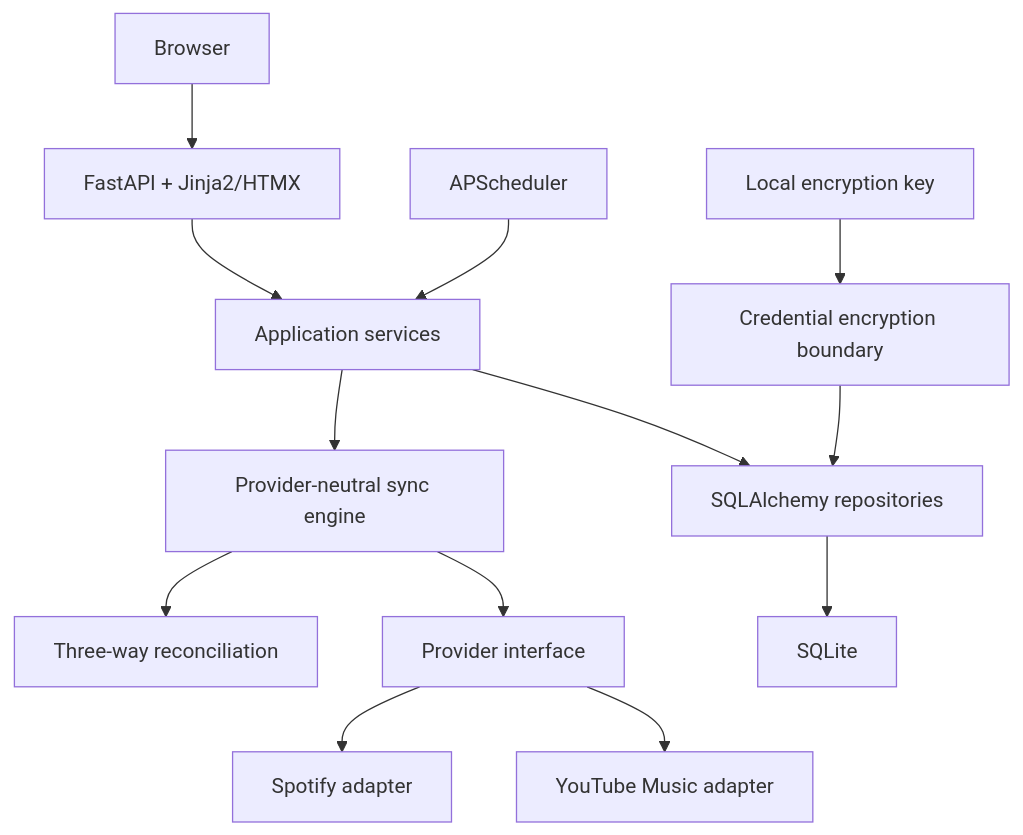
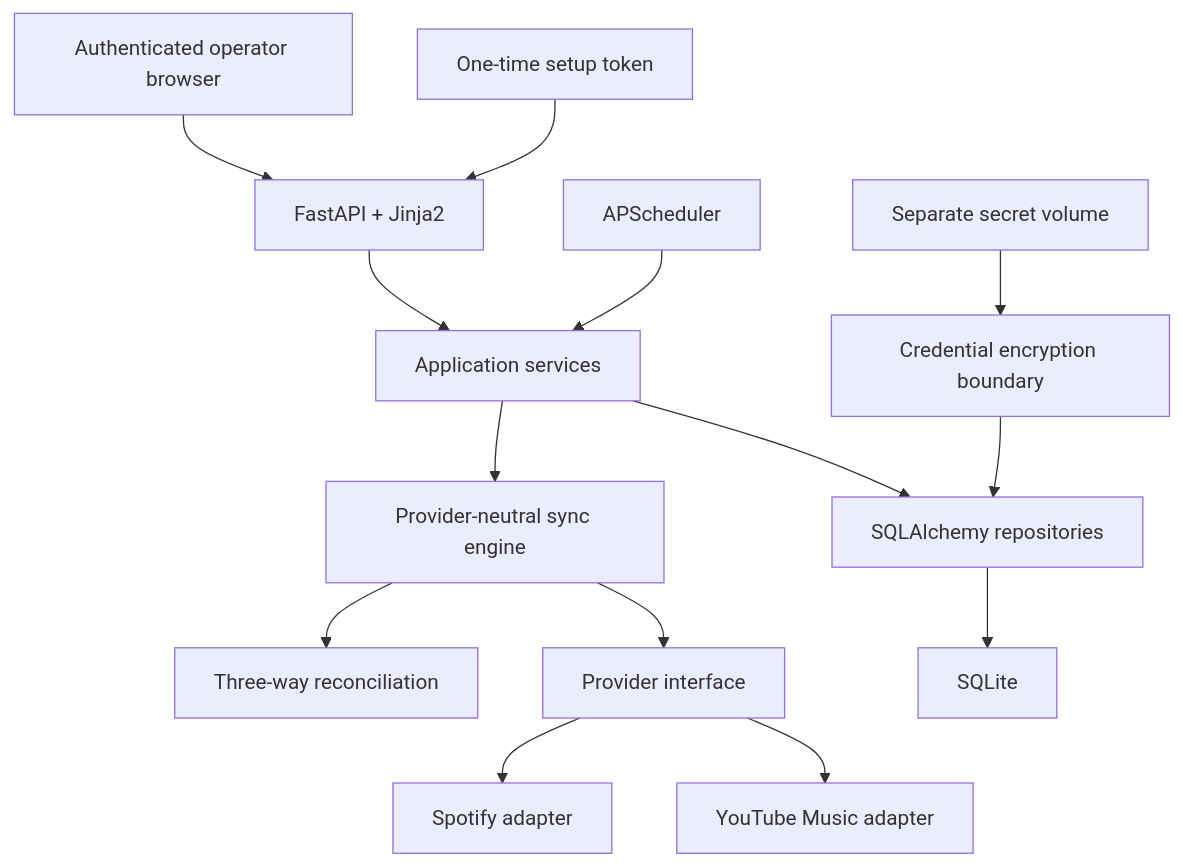
One commit to maus97/OpenPlaylistSync changed the diagram in docs/architecture.md. Above: the diagram before and after it, drawn with Mermaid. The commit also changed other lines of this file and 48 other files, not shown here.

````diff
--- a/docs/architecture.md
+++ b/docs/architecture.md
@@ -39,15 +39,16 @@
 ```mermaid
 flowchart TD
-    browser["Browser"] --> web["FastAPI + Jinja2/HTMX"]
+    browser["Authenticated operator browser"] --> web["FastAPI + Jinja2"]
+    bootstrap["One-time setup token"] --> web
     web --> app["Application services"]
     scheduler["APScheduler"] --> app
     app --> sync["Provider-neutral sync engine"]
     sync --> reconcile["Three-way reconciliation"]
     sync --> provider["Provider interface"]
     provider --> spotify["Spotify adapter"]
     provider --> youtube["YouTube Music adapter"]
     app --> storage["SQLAlchemy repositories"]
     storage --> sqlite["SQLite"]
-    secrets["Local encryption key"] --> credential["Credential encryption boundary"]
+    secrets["Separate secret volume"] --> credential["Credential encryption boundary"]
     credential --> storage
 ```
````
